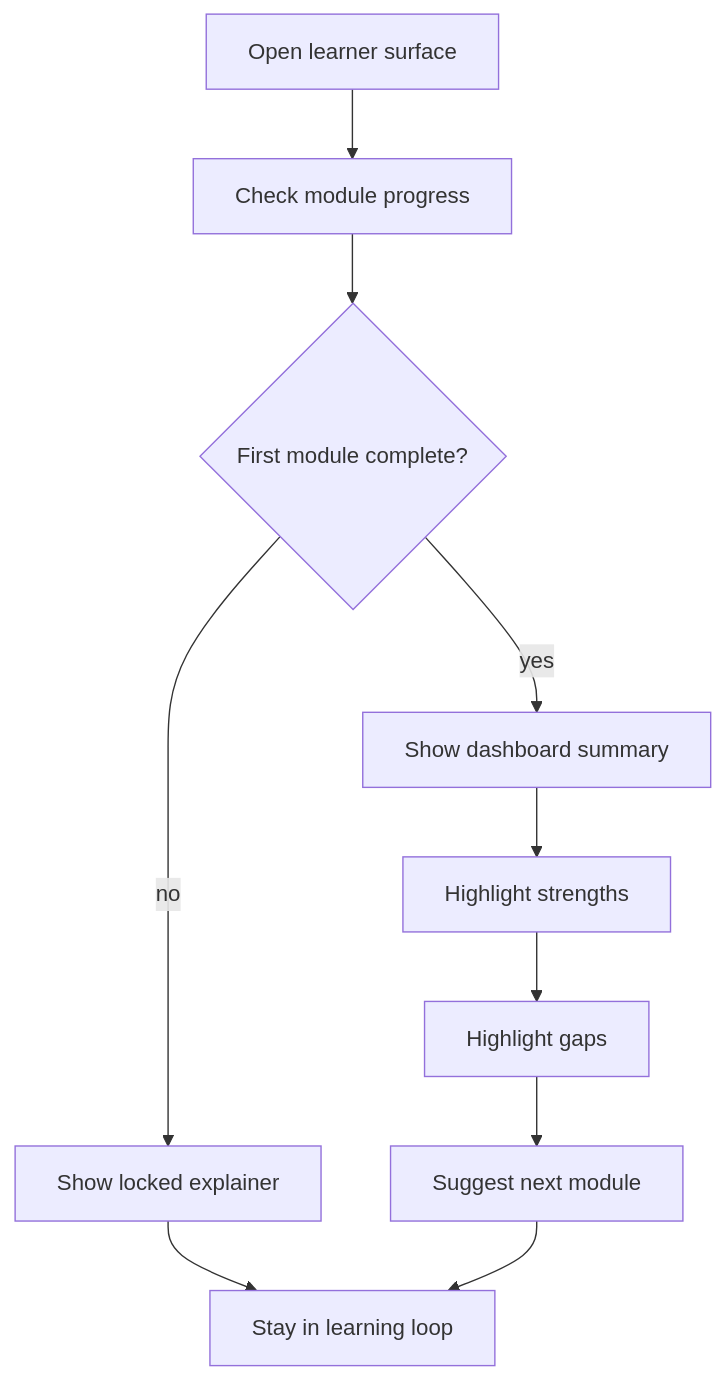
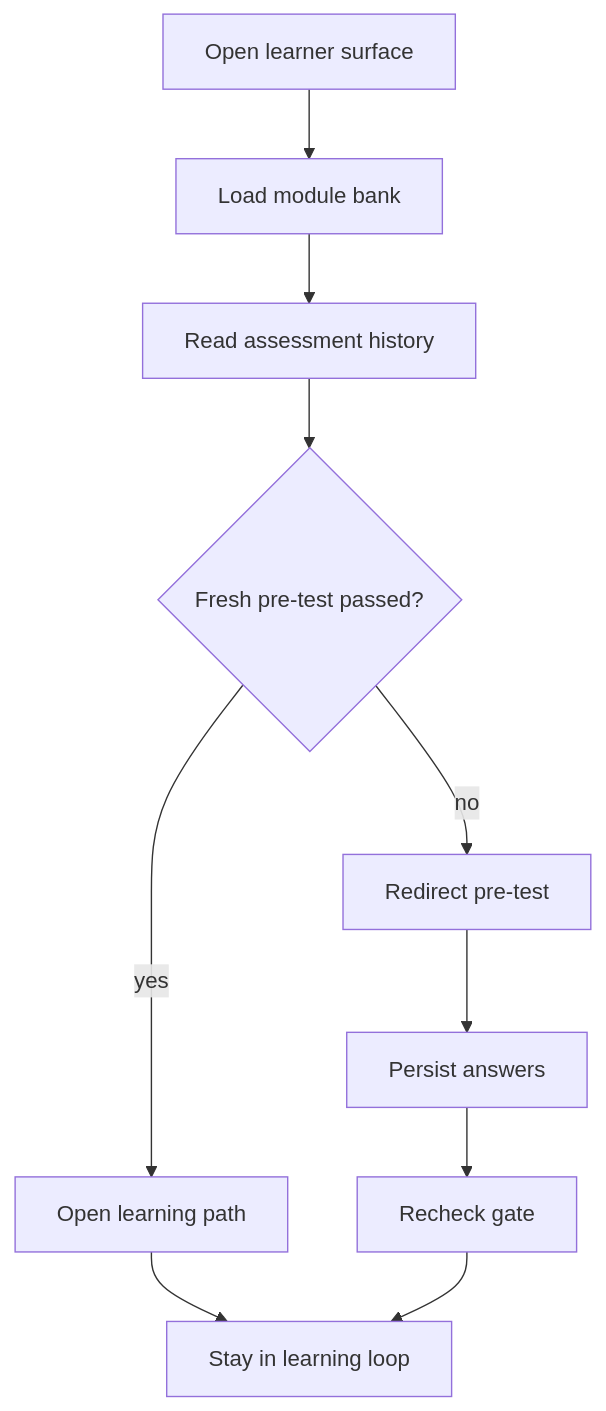
The diagram in docs/Codebase/Frontend/src/components/learn/README.md (JohnAndrewBalbarosa/NeoTerritory), drawn with Mermaid before and after one commit. The commit also changed other lines of this file and 25 other files, not shown here.

Commit message:
fix: require fresh Bloom pretest gate

````diff
--- a/docs/Codebase/Frontend/src/components/learn/README.md
+++ b/docs/Codebase/Frontend/src/components/learn/README.md
@@ -16,15 +22,15 @@
 ```mermaid
 flowchart TD
     Start["Open learner surface"]
-    N0["Check module progress"]
-    D0{"First module complete?"}
-    N1["Show locked explainer"]
-    N2["Show dashboard summary"]
-    N3["Highlight strengths"]
-    N4["Highlight gaps"]
-    N5["Suggest next module"]
+    N0["Load module bank"]
+    N1["Read assessment history"]
+    D0{"Fresh pre-test passed?"}
+    N2["Open learning path"]
+    N3["Redirect pre-test"]
+    N4["Persist answers"]
+    N5["Recheck gate"]
     End["Stay in learning loop"]
-    Start --> N0 --> D0
-    D0 -->|no| N1 --> End
-    D0 -->|yes| N2 --> N3 --> N4 --> N5 --> End
+    Start --> N0 --> N1 --> D0
+    D0 -->|yes| N2 --> End
+    D0 -->|no| N3 --> N4 --> N5 --> End
 ```
````
